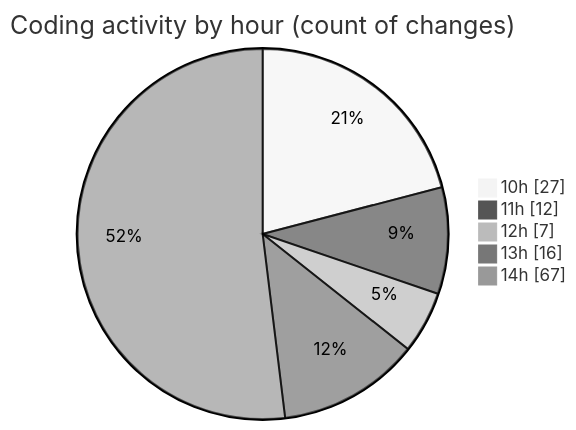
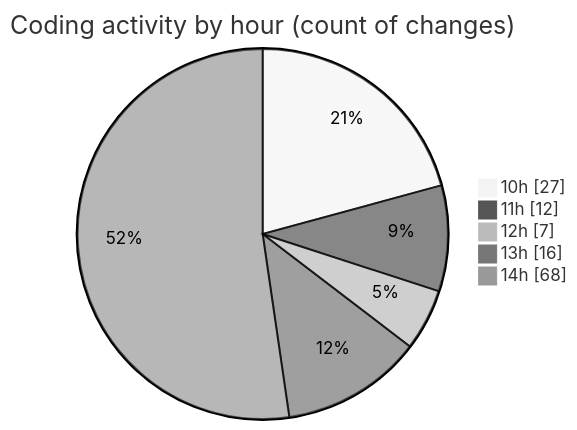
One commit to MatusMokan/code-tracking changed the second of 2 diagrams in 2025-03-01/myws__workspace_/README.md. Above: the diagram before and after it, drawn with Mermaid (neutral theme). The commit also changed other lines of this file and 1 other file, not shown here.

````diff
--- a/2025-03-01/myws__workspace_/README.md
+++ b/2025-03-01/myws__workspace_/README.md
@@ -40,9 +40,9 @@
 ```mermaid
 pie showData
 title Coding activity by hour (count of changes)
 "10h" : 27
 "11h" : 12
 "12h" : 7
 "13h" : 16
-"14h" : 67
+"14h" : 68
 ```
````
